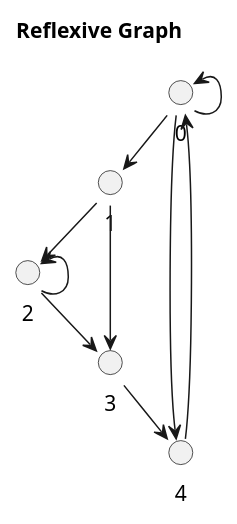
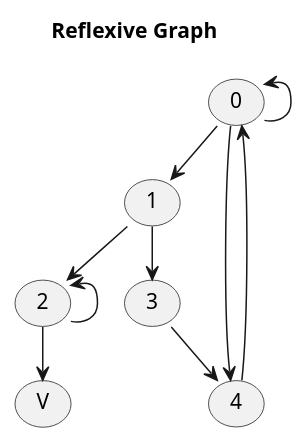
Before and after one commit to roman7shubenkov/LAB5: the diagram in partly_reflexive_graph.puml, drawn with PlantUML. The commit also changed 7 other files, not shown here.

```diff
--- a/partly_reflexive_graph.puml
+++ b/partly_reflexive_graph.puml
@@ -1,23 +1,17 @@
 @startuml
 !pragma layout smetana
 
 title Reflexive Graph
 
-circle "0" as V0
-circle "1" as V1
-circle "2" as V2
-circle "3" as V3
-circle "4" as V4
+(0) -u-> (0)
+(2) -u-> (2)
 
-V0 -u-> V0
-V2 -u-> V2
-
-V0 --> V1
-V0 --> V4
-V1 --> V2
-V1 --> V3
-V2 --> V3
-V3 --> V4
-V4 --> V0
+(0) --> (1)
+(0) --> (4)
+(1) --> (2)
+(1) --> (3)
+(2) --> (V)
+(3) --> (4)
+(4) --> (0)
 
 @enduml
```
